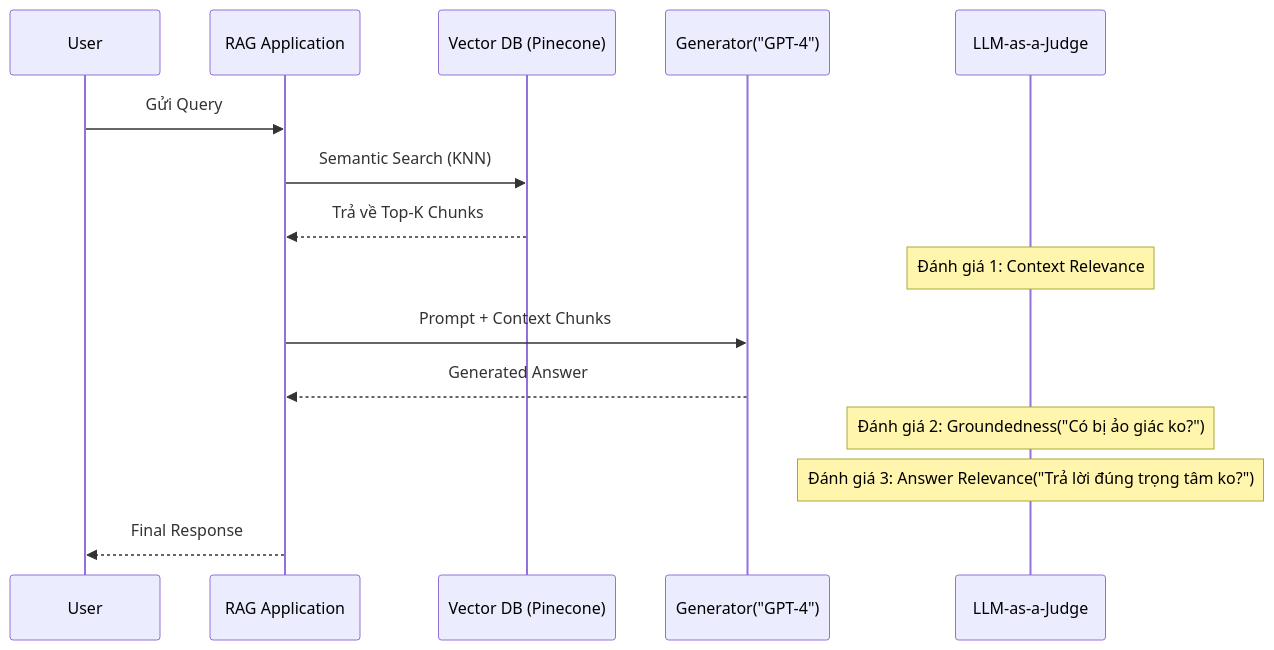
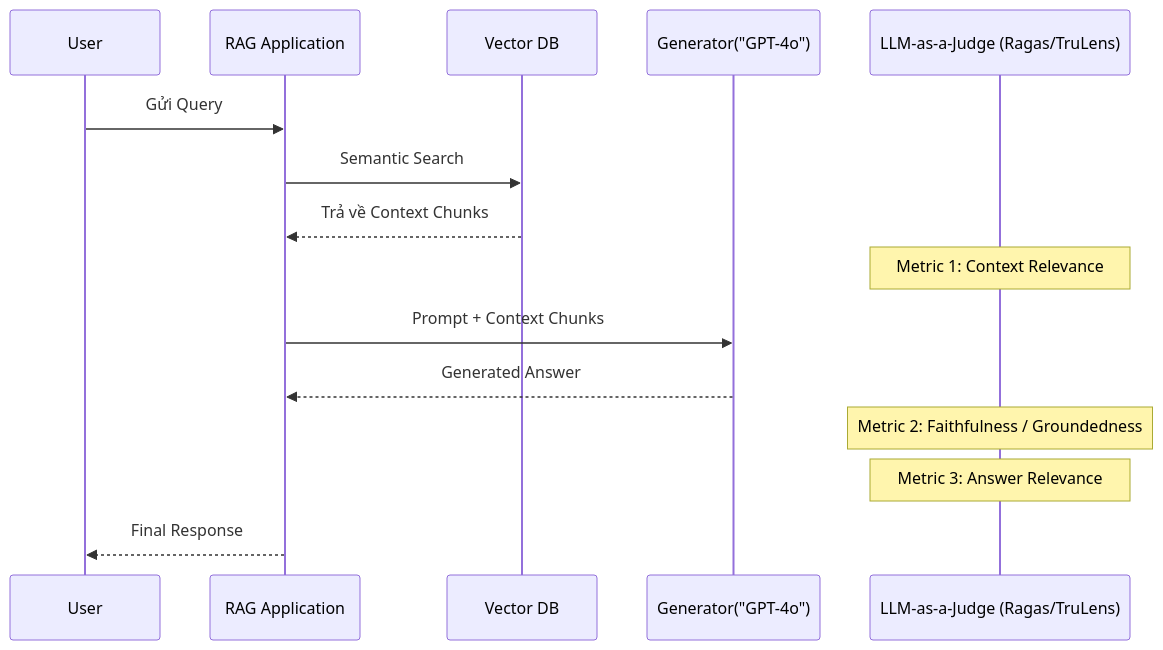
Before and after one commit to kythuatdulieu/kythuatdulieu.github.io: the diagram in src/content/docs/concepts/9-genai-machine-learning/evaluation-metric.md, drawn with Mermaid. The commit also changed other lines of this file and 213 other files, not shown here.

Commit message:
Fix syntax and rewrite 200+ concepts docs to deep-dive system architecture and add GA4 tracking to quiz app

````diff
--- a/src/content/docs/concepts/9-genai-machine-learning/evaluation-metric.md
+++ b/src/content/docs/concepts/9-genai-machine-learning/evaluation-metric.md
@@ -89,18 +26,18 @@
 ```mermaid
 sequenceDiagram
     participant User
     participant App as RAG Application
-    participant Retriever as Vector DB (Pinecone)
-    participant LLM as Generator("GPT-4")
-    participant Eval as LLM-as-a-Judge
+    participant Retriever as Vector DB
+    participant LLM as Generator("GPT-4o")
+    participant Eval as LLM-as-a-Judge (Ragas/TruLens)
 
     User->>App: Gửi Query
-    App->>Retriever: Semantic Search (KNN)
-    Retriever-->>App: Trả về Top-K Chunks
-    Note over Eval: Đánh giá 1: Context Relevance
+    App->>Retriever: Semantic Search
+    Retriever-->>App: Trả về Context Chunks
+    Note over Eval: Metric 1: Context Relevance
     App->>LLM: Prompt + Context Chunks
     LLM-->>App: Generated Answer
-    Note over Eval: Đánh giá 2: Groundedness("Có bị ảo giác ko?")
-    Note over Eval: Đánh giá 3: Answer Relevance("Trả lời đúng trọng tâm ko?")
+    Note over Eval: Metric 2: Faithfulness / Groundedness
+    Note over Eval: Metric 3: Answer Relevance
     App-->>User: Final Response
 ```
````
